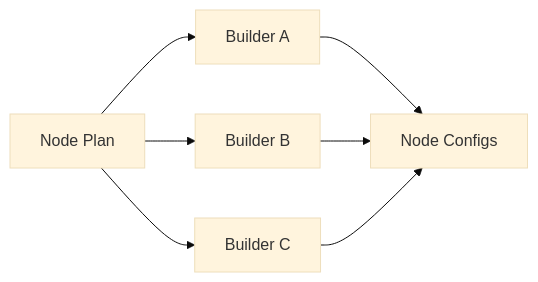
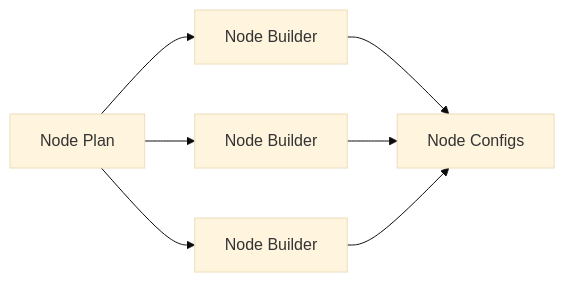
One commit to sgfd-ui/internship changed the fifth of 12 diagrams in weekly-report/dify-1.17-core-capabilities-research.md. Above: the diagram before and after it, drawn with Mermaid (base theme). The commit also changed other lines of this file, not shown here.

````diff
--- a/weekly-report/dify-1.17-core-capabilities-research.md
+++ b/weekly-report/dify-1.17-core-capabilities-research.md
@@ -155,9 +162,9 @@
 ```mermaid
 flowchart LR
-    A[Node Plan] --> B1[Builder A]
-    A --> B2[Builder B]
-    A --> B3[Builder C]
+    A[Node Plan] --> B1[Node Builder]
+    A --> B2[Node Builder]
+    A --> B3[Node Builder]
     B1 --> C[Node Configs]
     B2 --> C
     B3 --> C
 ```
````
